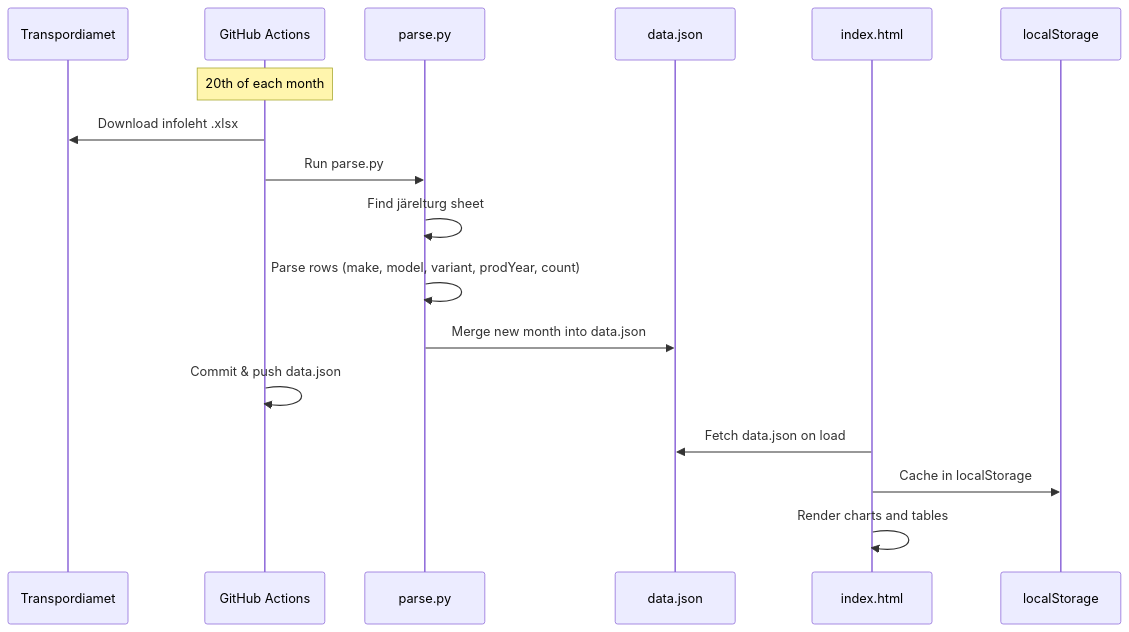
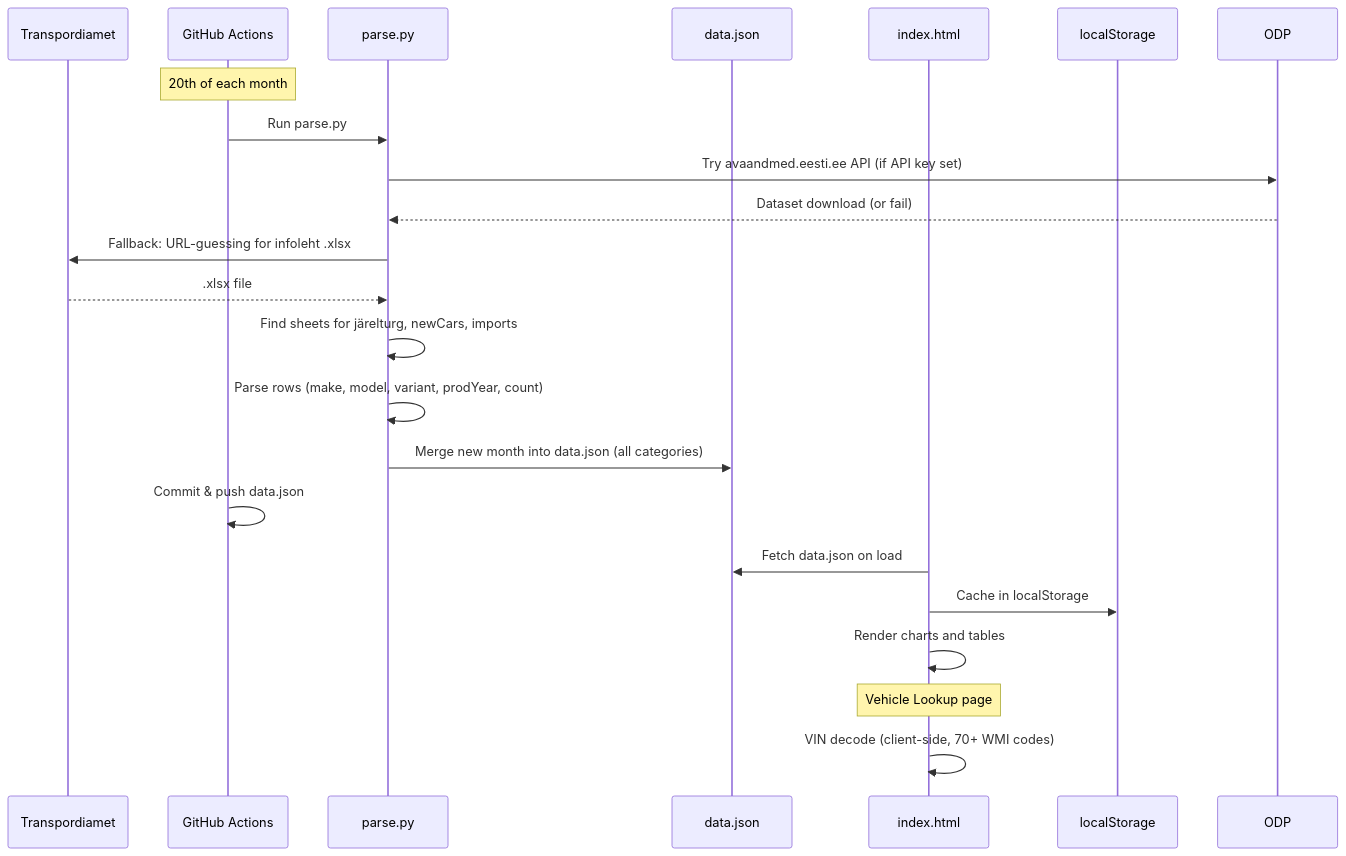
The second of 2 diagrams in docs/architecture.md (juulchristopher/autoturg), drawn with Mermaid before and after one commit. The commit also changed other lines of this file and 5 other files, not shown here.

````diff
--- a/docs/architecture.md
+++ b/docs/architecture.md
@@ -87,21 +92,26 @@
 ```mermaid
 sequenceDiagram
     participant TA as Transpordiamet
     participant GHA as GitHub Actions
     participant PP as parse.py
     participant DJ as data.json
     participant SPA as index.html
     participant LS as localStorage
 
     Note over GHA: 20th of each month
-    GHA->>TA: Download infoleht .xlsx
     GHA->>PP: Run parse.py
-    PP->>PP: Find järelturg sheet
+    PP->>ODP: Try avaandmed.eesti.ee API (if API key set)
+    ODP-->>PP: Dataset download (or fail)
+    PP->>TA: Fallback: URL-guessing for infoleht .xlsx
+    TA-->>PP: .xlsx file
+    PP->>PP: Find sheets for järelturg, newCars, imports
     PP->>PP: Parse rows (make, model, variant, prodYear, count)
-    PP->>DJ: Merge new month into data.json
+    PP->>DJ: Merge new month into data.json (all categories)
     GHA->>GHA: Commit & push data.json
 
     SPA->>DJ: Fetch data.json on load
     SPA->>LS: Cache in localStorage
     SPA->>SPA: Render charts and tables
+    Note over SPA: Vehicle Lookup page
+    SPA->>SPA: VIN decode (client-side, 70+ WMI codes)
 ```
````
